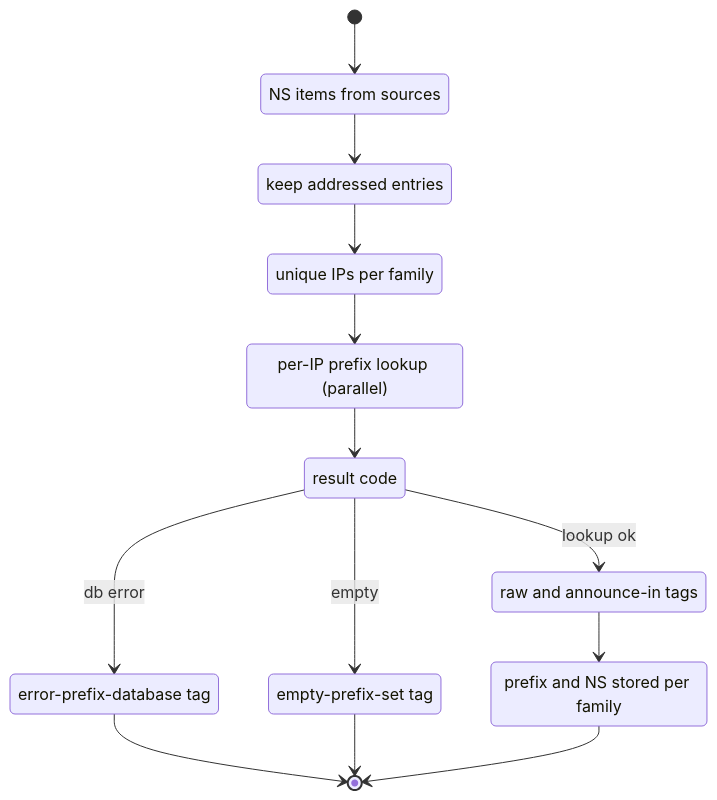
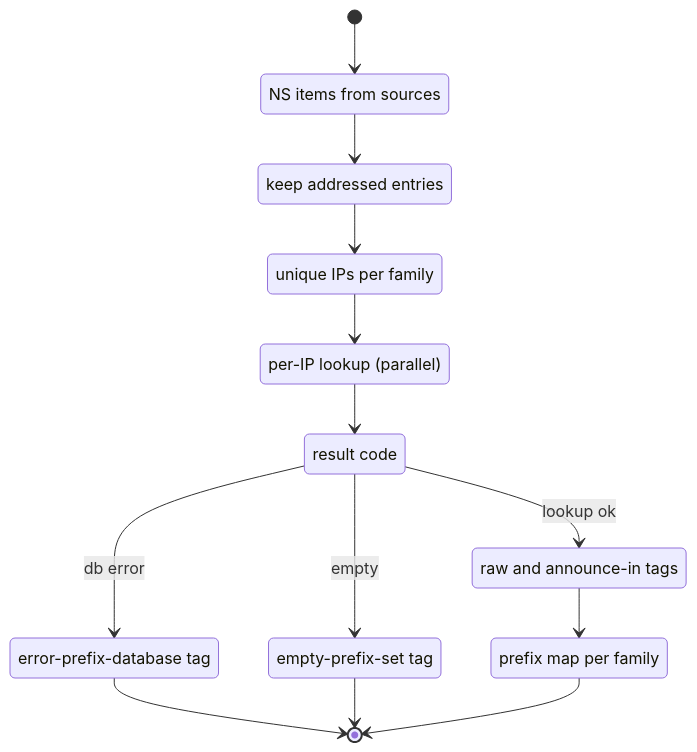
One commit to pawal/gonemaster changed the first of 2 diagrams in docs/specifications/tests/connectivity/connectivity04.md. Above: the diagram before and after it, drawn with Mermaid. The commit also changed 3 other files, not shown here.

Commit message:
docs: shorten mermaid labels to avoid empty-box wrap rendering

```diff
--- a/docs/specifications/tests/connectivity/connectivity04.md
+++ b/docs/specifications/tests/connectivity/connectivity04.md
@@ -39,24 +39,24 @@
 {{< mermaid >}}
 stateDiagram-v2
     [*] --> collect
     collect : NS items from sources
     collect --> filter
     filter : keep addressed entries
     filter --> dedupe
     dedupe : unique IPs per family
     dedupe --> lookup
-    lookup : per-IP prefix lookup (parallel)
+    lookup : per-IP lookup (parallel)
     lookup --> code
     code : result code
     code --> dbErr : db error
     code --> emptySet : empty
     code --> ok : lookup ok
     dbErr : error-prefix-database tag
     emptySet : empty-prefix-set tag
     ok : raw and announce-in tags
     ok --> stored
-    stored : prefix and NS stored per family
+    stored : prefix map per family
     dbErr --> [*]
     emptySet --> [*]
     stored --> [*]
 {{< /mermaid >}}
```
